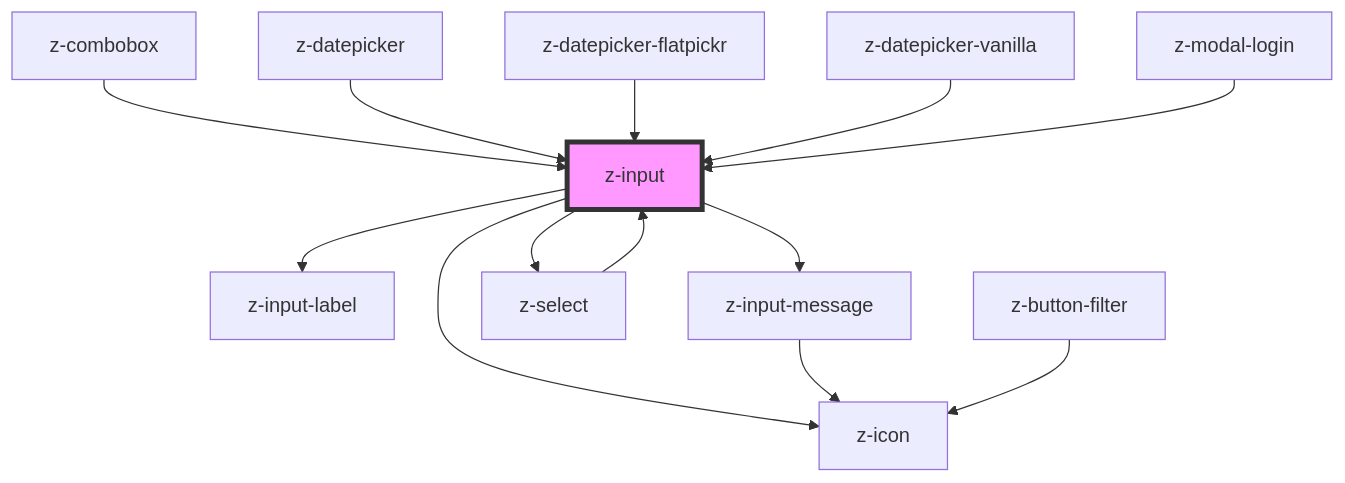
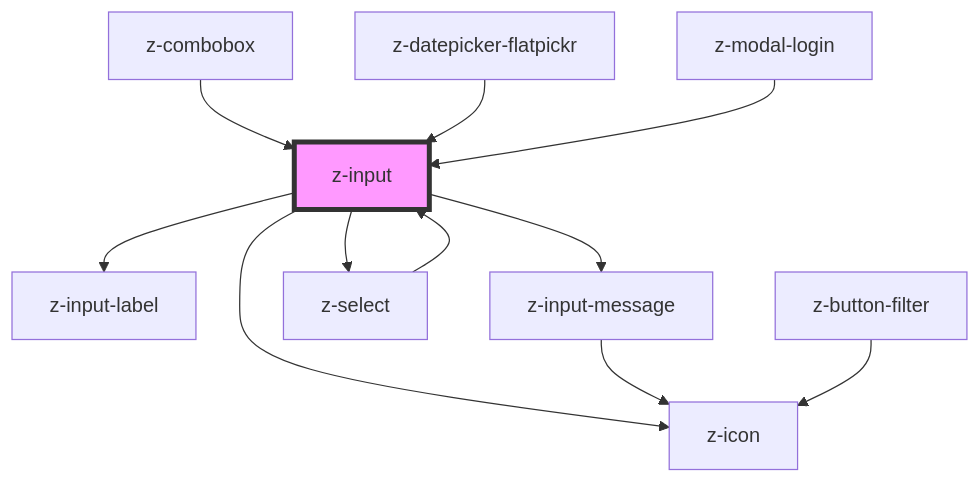
The diagram in src/components/inputs/z-input/readme.md (ZanichelliEditore/design-system), drawn with Mermaid before and after one commit. The commit also changed other lines of this file and 17 other files, not shown here.

````diff
--- a/src/components/inputs/z-input/readme.md
+++ b/src/components/inputs/z-input/readme.md
@@ -214,16 +212,14 @@
 ```mermaid
 graph TD;
   z-input --> z-input-label
   z-input --> z-icon
   z-input --> z-input-message
   z-input --> z-select
   z-input-message --> z-icon
   z-select --> z-input
   z-button-filter --> z-icon
   z-combobox --> z-input
-  z-datepicker --> z-input
   z-datepicker-flatpickr --> z-input
-  z-datepicker-vanilla --> z-input
   z-modal-login --> z-input
   style z-input fill:#f9f,stroke:#333,stroke-width:4px
 ```
````
